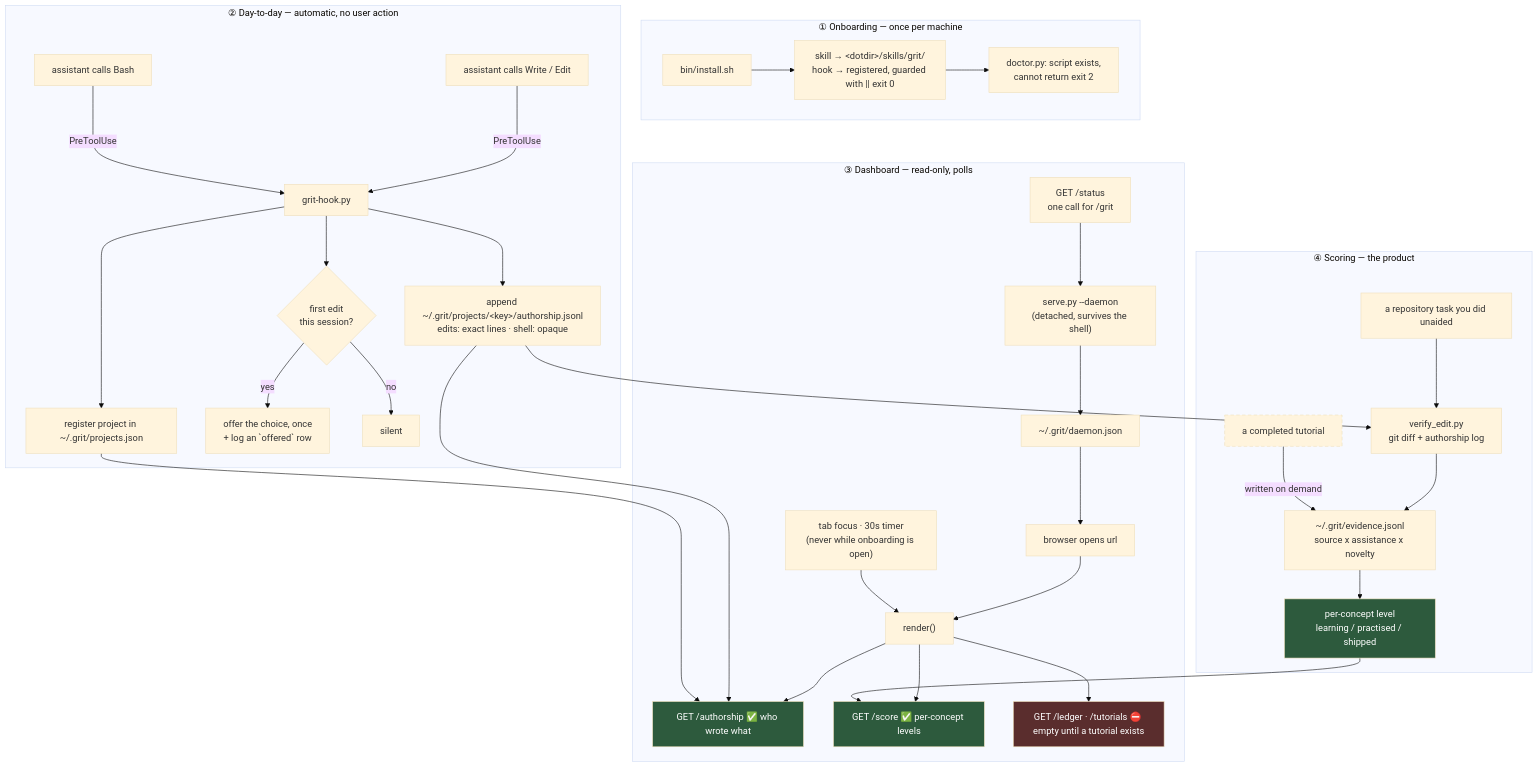
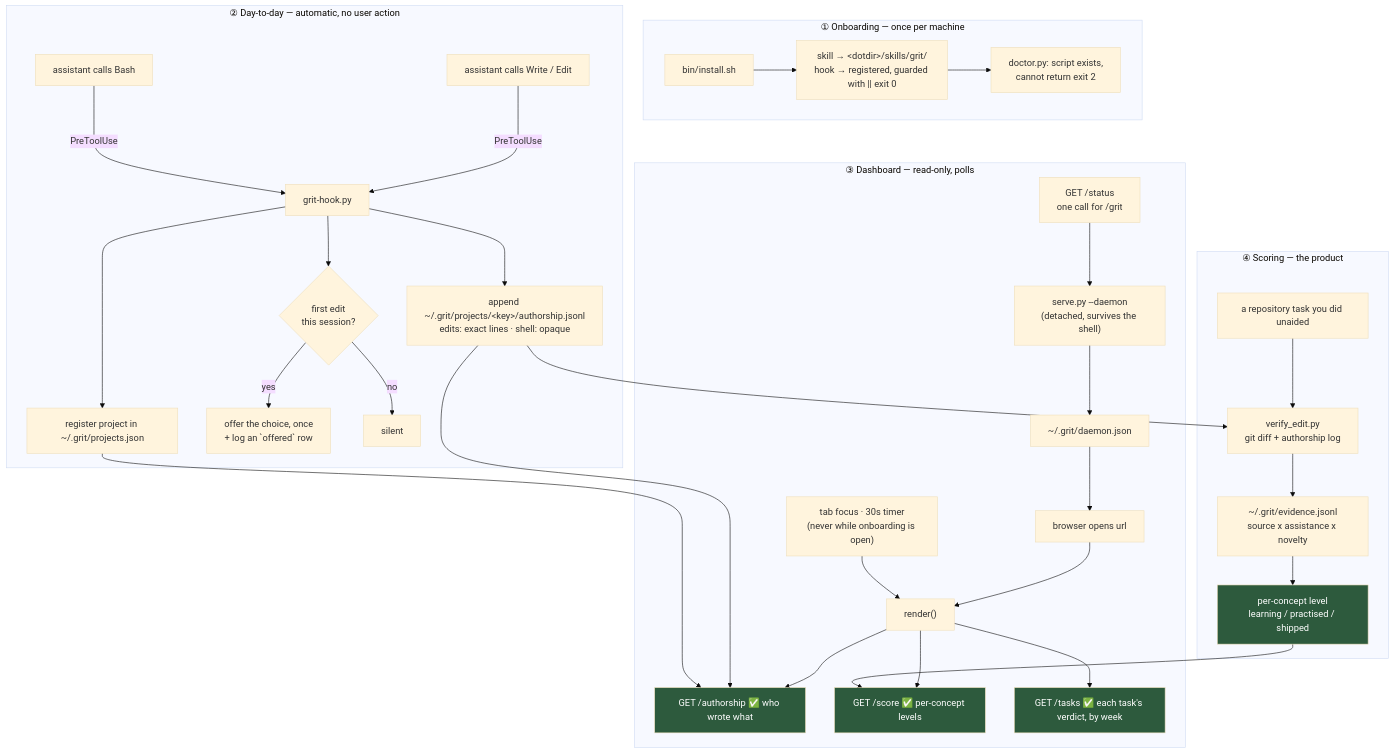
The diagram in .sdlc/docs/adr/0008-dashboard-polls-files-it-does-not-push.md (state-alchemists/grit), drawn with Mermaid (base theme) before and after one commit. The commit also changed other lines of this file and 28 other files, not shown here.

````diff
--- a/.sdlc/docs/adr/0008-dashboard-polls-files-it-does-not-push.md
+++ b/.sdlc/docs/adr/0008-dashboard-polls-files-it-does-not-push.md
@@ -25,46 +25,44 @@
 ```mermaid
 flowchart TD
     subgraph ONCE ["① Onboarding — once per machine"]
         I["bin/install.sh"] --> I2["skill → &lt;dotdir&gt;/skills/grit/<br/>hook → registered, guarded with || exit 0"]
         I2 --> D0["doctor.py: script exists,<br/>cannot return exit 2"]
     end
 
     subgraph DAY ["② Day-to-day — automatic, no user action"]
         W["assistant calls Write / Edit"] -->|PreToolUse| H["grit-hook.py"]
         B["assistant calls Bash"] -->|PreToolUse| H
         H --> H1["append ~/.grit/projects/&lt;key&gt;/authorship.jsonl<br/>edits: exact lines · shell: opaque"]
         H --> H2["register project in ~/.grit/projects.json"]
         H --> H3{"first edit<br/>this session?"}
         H3 -->|yes| ASK["offer the choice, once<br/>+ log an `offered` row"]
         H3 -->|no| SILENT["silent"]
     end
 
     subgraph DASH ["③ Dashboard — read-only, polls"]
         S["serve.py --daemon<br/>(detached, survives the shell)"] --> S1["~/.grit/daemon.json"]
         S1 --> P["browser opens url"]
         P --> R["render()"]
         R --> A1["GET /authorship ✅ who wrote what"]
         R --> A2["GET /score ✅ per-concept levels"]
-        R --> A3["GET /ledger · /tutorials ⛔ empty until a tutorial exists"]
+        R --> A3["GET /tasks ✅ each task's verdict, by week"]
         REFRESH["tab focus · 30s timer<br/>(never while onboarding is open)"] --> R
         STATUS["GET /status<br/>one call for /grit"] --> S
     end
 
     subgraph SCORE ["④ Scoring — the product"]
         TASK["a repository task you did unaided"] --> VE["verify_edit.py<br/>git diff + authorship log"]
         VE --> EV["~/.grit/evidence.jsonl<br/>source x assistance x novelty"]
-        TUT["a completed tutorial"] -->|written on demand| EV
         EV --> LV["per-concept level<br/>learning / practised / shipped"]
     end
 
     H1 --> A1
     H2 --> A1
     H1 --> VE
     LV --> A2
 
-    style TUT stroke-dasharray: 6 4
     style A1 fill:#2d5a3d,color:#fff
     style A2 fill:#2d5a3d,color:#fff
-    style A3 fill:#5a2d2d,color:#fff
+    style A3 fill:#2d5a3d,color:#fff
     style LV fill:#2d5a3d,color:#fff
 ```
````
